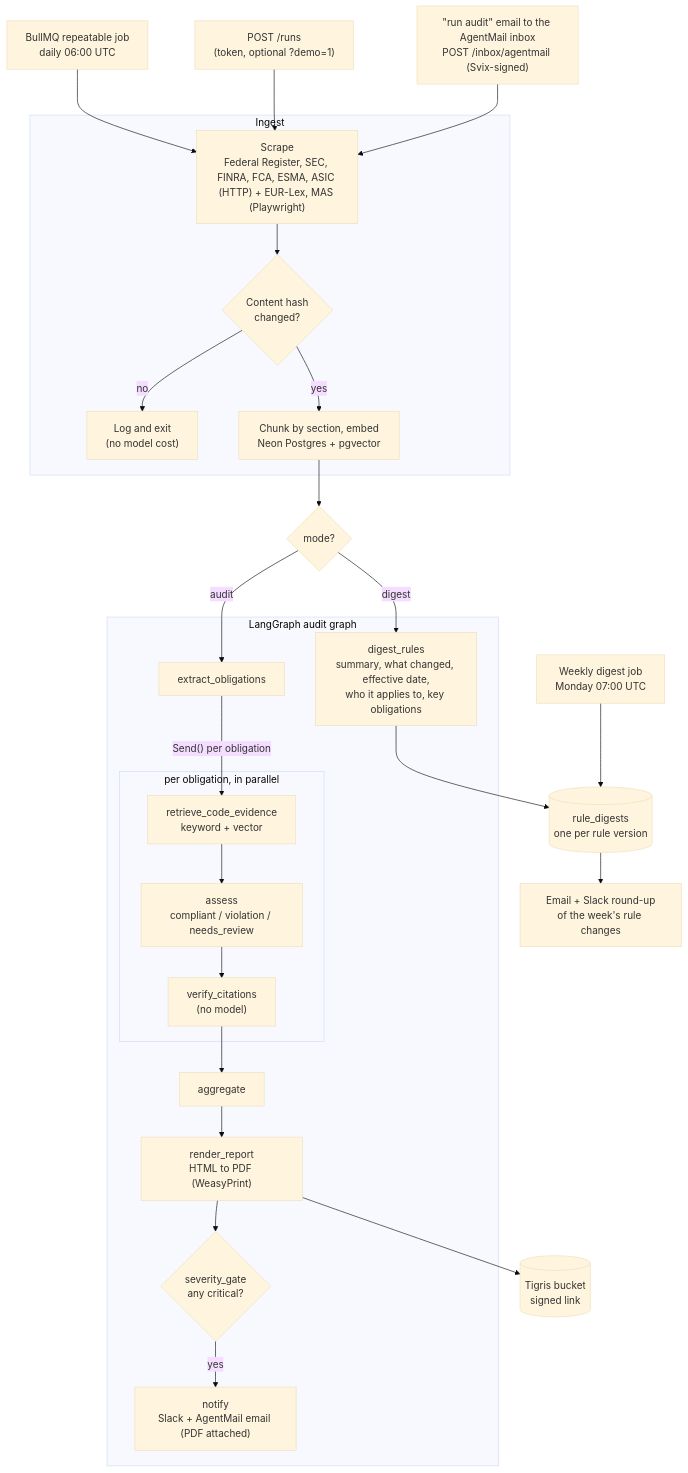
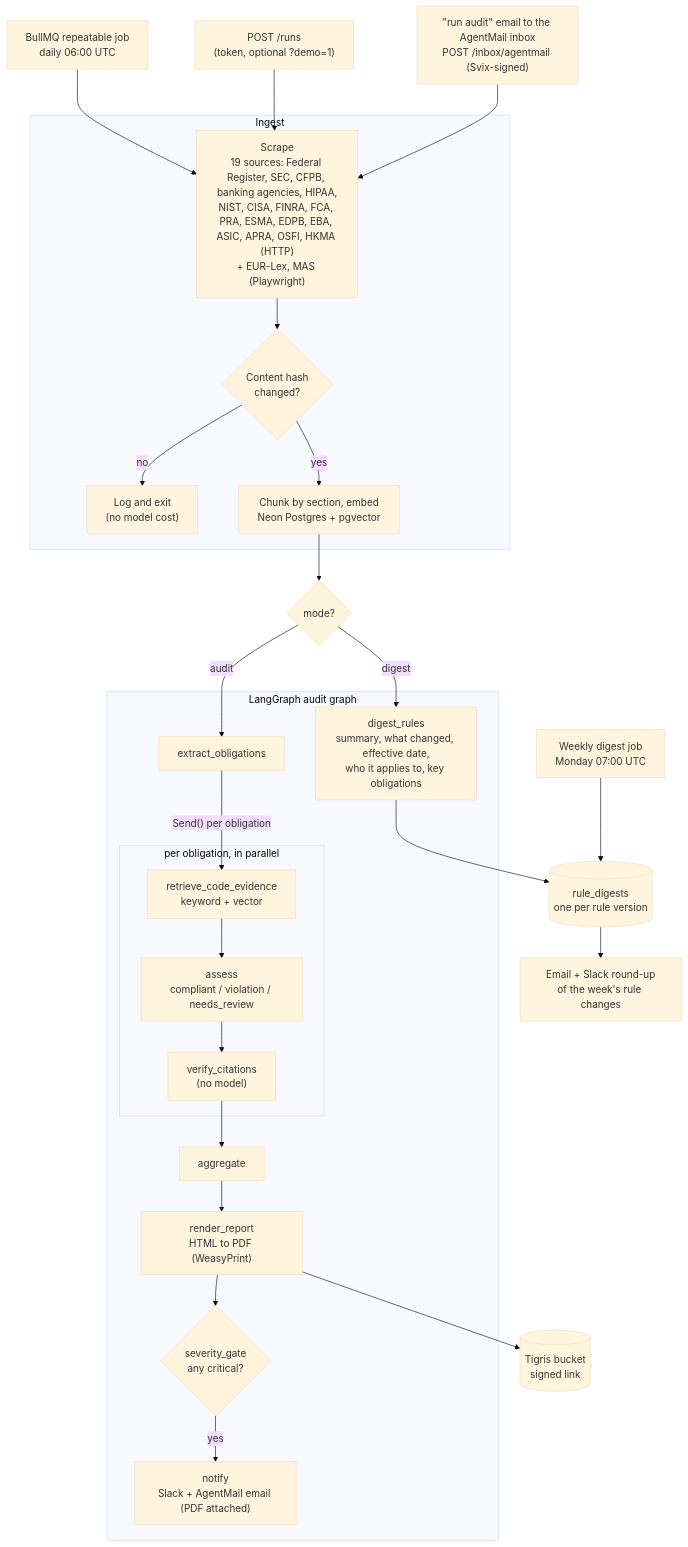
One commit to gengirish/compliance-sentinel changed the diagram in README.md. Above: the diagram before and after it, drawn with Mermaid (base theme). The commit also changed other lines of this file and 8 other files, not shown here.

````diff
--- a/README.md
+++ b/README.md
@@ -49,34 +51,34 @@
 ```mermaid
 flowchart TD
     cron["BullMQ repeatable job<br/>daily 06:00 UTC"] --> scrape
     manual["POST /runs<br/>(token, optional ?demo=1)"] --> scrape
     inbox["#quot;run audit#quot; email to the AgentMail inbox<br/>POST /inbox/agentmail (Svix-signed)"] --> scrape
 
     subgraph ing [Ingest]
-        scrape["Scrape<br/>Federal Register, SEC, FINRA, FCA, ESMA, ASIC (HTTP) + EUR-Lex, MAS (Playwright)"] --> diff{"Content hash<br/>changed?"}
+        scrape["Scrape<br/>19 sources: Federal Register, SEC, CFPB, banking agencies, HIPAA,<br/>NIST, CISA, FINRA, FCA, PRA, ESMA, EDPB, EBA, ASIC, APRA, OSFI, HKMA (HTTP)<br/>+ EUR-Lex, MAS (Playwright)"] --> diff{"Content hash<br/>changed?"}
         diff -- no --> skip["Log and exit<br/>(no model cost)"]
         diff -- yes --> embed["Chunk by section, embed<br/>Neon Postgres + pgvector"]
     end
 
     embed --> mode{"mode?"}
     mode -- audit --> extract
     mode -- digest --> digest
 
     subgraph audit [LangGraph audit graph]
         digest["digest_rules<br/>summary, what changed, effective date,<br/>who it applies to, key obligations"]
         extract["extract_obligations"] -->|"Send() per obligation"| retrieve
         subgraph per [per obligation, in parallel]
             retrieve["retrieve_code_evidence<br/>keyword + vector"] --> assess["assess<br/>compliant / violation / needs_review"]
             assess --> verify["verify_citations<br/>(no model)"]
         end
         verify --> aggregate["aggregate"]
         aggregate --> render["render_report<br/>HTML to PDF (WeasyPrint)"]
         render --> gate{"severity_gate<br/>any critical?"}
         gate -- yes --> notify["notify<br/>Slack + AgentMail email (PDF attached)"]
     end
 
     render --> store[("Tigris bucket<br/>signed link")]
     digest --> digests[("rule_digests<br/>one per rule version")]
     weekly["Weekly digest job<br/>Monday 07:00 UTC"] --> digests
     digests --> roundup["Email + Slack round-up<br/>of the week's rule changes"]
 ```
````
